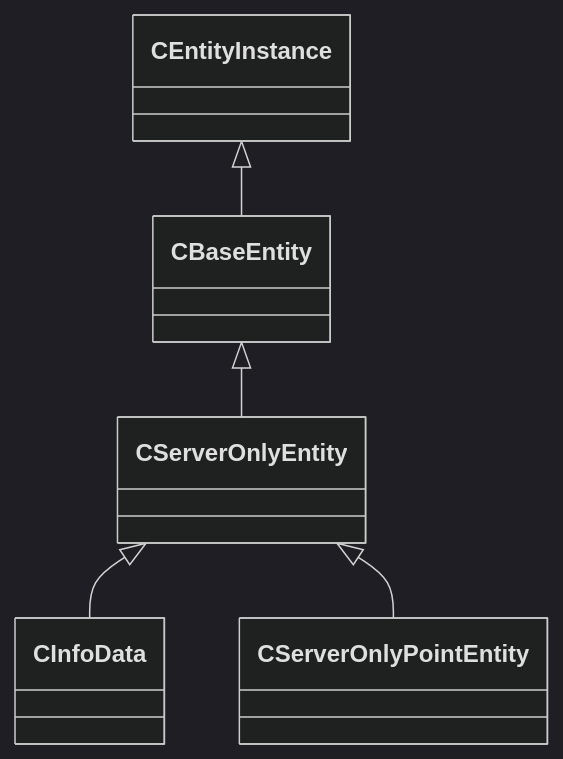
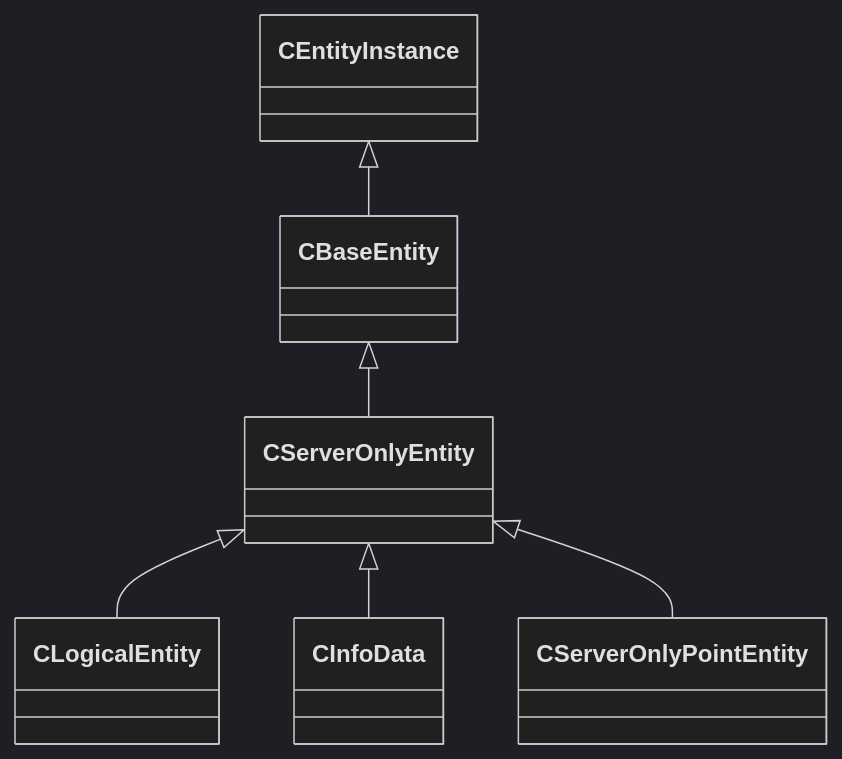
One commit to CS2OpenDev/CS2OpenDev-Docs changed the diagram in docs/generated/schemas/server/CServerOnlyEntity.md. Above: the diagram before and after it, drawn with Mermaid (dark theme). The commit also changed other lines of this file and 4525 other files, not shown here.

````diff
--- a/docs/generated/schemas/server/CServerOnlyEntity.md
+++ b/docs/generated/schemas/server/CServerOnlyEntity.md
@@ -19,7 +21,8 @@
 ```mermaid
 classDiagram
     CBaseEntity <|-- CServerOnlyEntity
     CEntityInstance <|-- CBaseEntity
+    CServerOnlyEntity <|-- CLogicalEntity
     CServerOnlyEntity <|-- CInfoData
     CServerOnlyEntity <|-- CServerOnlyPointEntity
 ```
````
